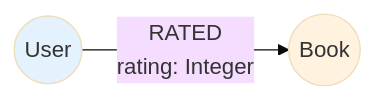
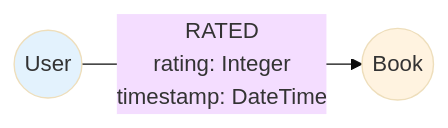
One commit to princenitc/Novelist changed the second of 3 diagrams in spec/ARCHITECTURE.md. Above: the diagram before and after it, drawn with Mermaid (base theme). The commit also changed other lines of this file and 87 other files, not shown here.

````diff
--- a/spec/ARCHITECTURE.md
+++ b/spec/ARCHITECTURE.md
@@ -401,10 +137,10 @@
 ```mermaid
 graph LR
     User((User))
     Book((Book))
-    
-    User -->|RATED<br/>rating: Integer| Book
-    
+
+    User -->|RATED<br/>rating: Integer<br/>timestamp: DateTime| Book
+
     style User fill:#e3f2fd
     style Book fill:#fff3e0
 ```
````
